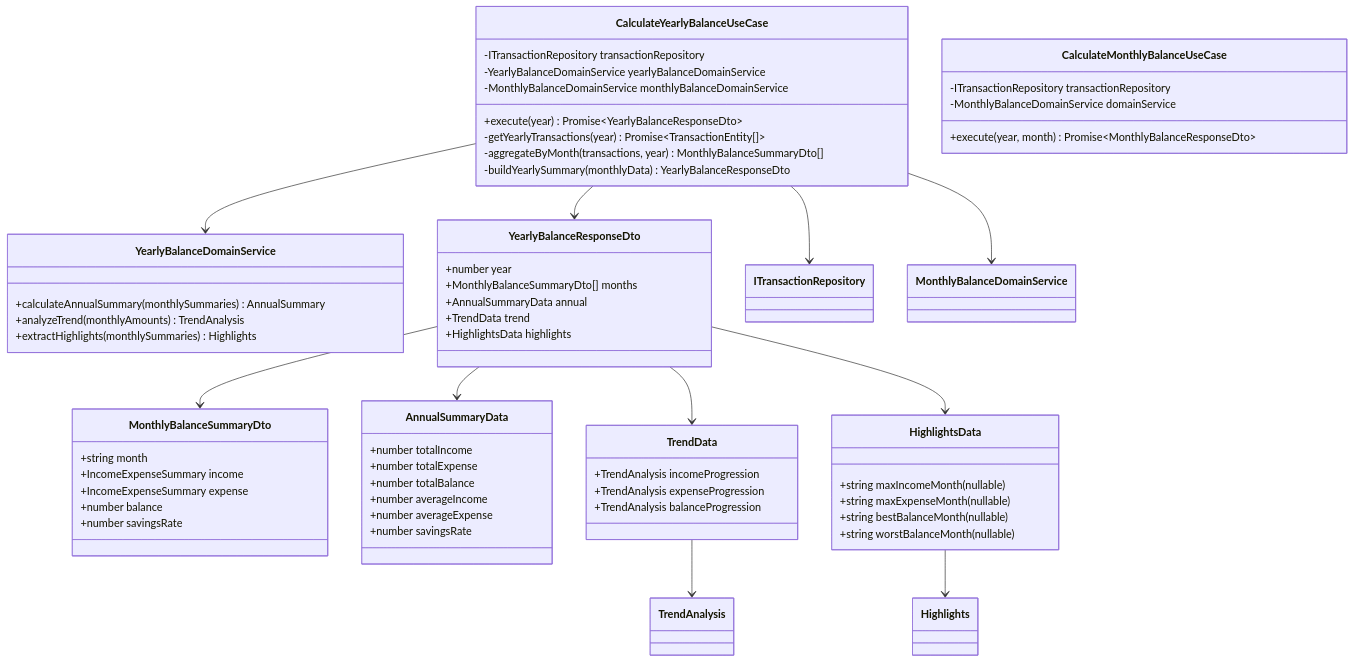
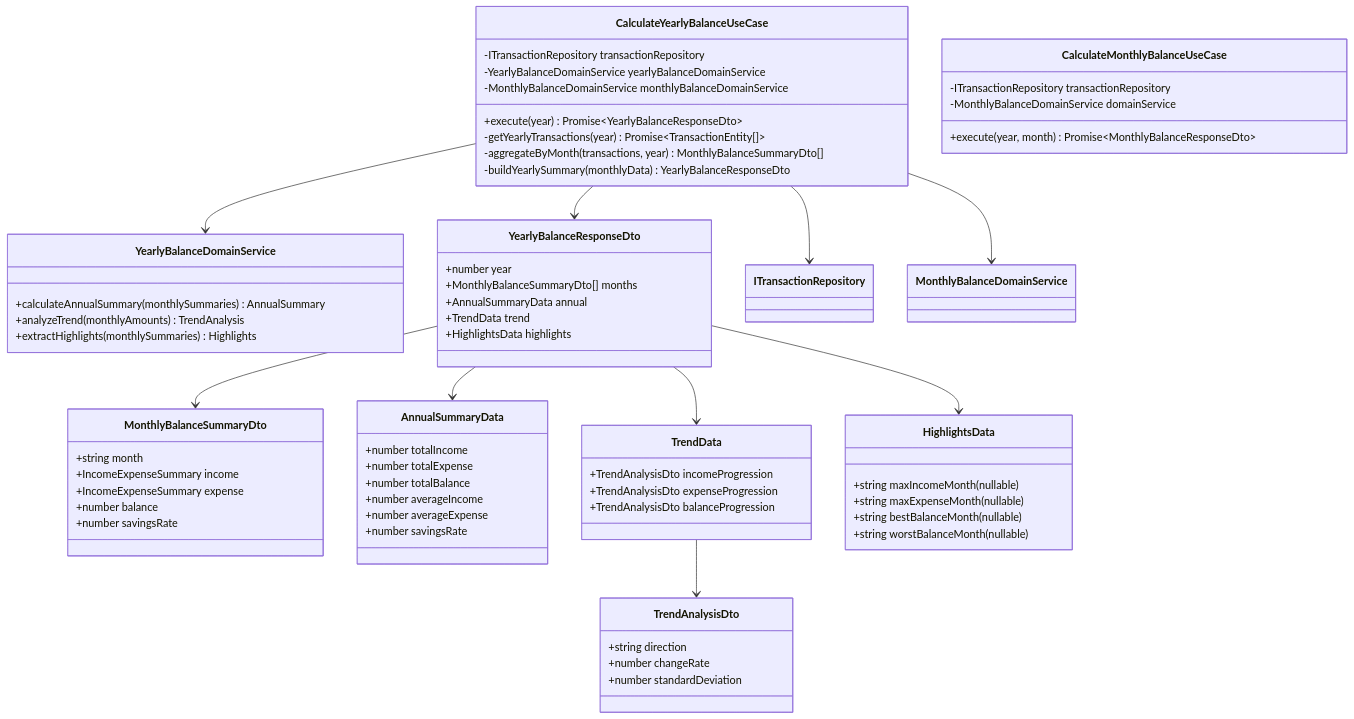
Before and after one commit to kencom2400/account-book: the second of 4 diagrams in docs/detailed-design/FR-020_yearly-balance-aggregation/class-diagrams.md, drawn with Mermaid. The commit also changed 3 other files, not shown here.

````diff
--- a/docs/detailed-design/FR-020_yearly-balance-aggregation/class-diagrams.md
+++ b/docs/detailed-design/FR-020_yearly-balance-aggregation/class-diagrams.md
@@ -160,73 +160,78 @@
 ```mermaid
 classDiagram
     class CalculateYearlyBalanceUseCase {
         -ITransactionRepository transactionRepository
         -YearlyBalanceDomainService yearlyBalanceDomainService
         -MonthlyBalanceDomainService monthlyBalanceDomainService
         +execute(year) Promise~YearlyBalanceResponseDto~
         -getYearlyTransactions(year) Promise~TransactionEntity[]~
         -aggregateByMonth(transactions, year) MonthlyBalanceSummaryDto[]
         -buildYearlySummary(monthlyData) YearlyBalanceResponseDto
     }
 
     class CalculateMonthlyBalanceUseCase {
         -ITransactionRepository transactionRepository
         -MonthlyBalanceDomainService domainService
         +execute(year, month) Promise~MonthlyBalanceResponseDto~
     }
 
     class YearlyBalanceDomainService {
         +calculateAnnualSummary(monthlySummaries) AnnualSummary
         +analyzeTrend(monthlyAmounts) TrendAnalysis
         +extractHighlights(monthlySummaries) Highlights
     }
 
     class YearlyBalanceResponseDto {
         +number year
         +MonthlyBalanceSummaryDto[] months
         +AnnualSummaryData annual
         +TrendData trend
         +HighlightsData highlights
     }
 
     class MonthlyBalanceSummaryDto {
         +string month
         +IncomeExpenseSummary income
         +IncomeExpenseSummary expense
         +number balance
         +number savingsRate
     }
 
     class AnnualSummaryData {
         +number totalIncome
         +number totalExpense
         +number totalBalance
         +number averageIncome
         +number averageExpense
         +number savingsRate
     }
 
     class TrendData {
-        +TrendAnalysis incomeProgression
-        +TrendAnalysis expenseProgression
-        +TrendAnalysis balanceProgression
+        +TrendAnalysisDto incomeProgression
+        +TrendAnalysisDto expenseProgression
+        +TrendAnalysisDto balanceProgression
+    }
+
+    class TrendAnalysisDto {
+        +string direction
+        +number changeRate
+        +number standardDeviation
     }
 
     class HighlightsData {
         +string maxIncomeMonth (nullable)
         +string maxExpenseMonth (nullable)
         +string bestBalanceMonth (nullable)
         +string worstBalanceMonth (nullable)
     }
 
     CalculateYearlyBalanceUseCase --> ITransactionRepository
     CalculateYearlyBalanceUseCase --> YearlyBalanceDomainService
     CalculateYearlyBalanceUseCase --> MonthlyBalanceDomainService
     CalculateYearlyBalanceUseCase --> YearlyBalanceResponseDto
     YearlyBalanceResponseDto --> MonthlyBalanceSummaryDto
     YearlyBalanceResponseDto --> AnnualSummaryData
     YearlyBalanceResponseDto --> TrendData
     YearlyBalanceResponseDto --> HighlightsData
-    TrendData --> TrendAnalysis
-    HighlightsData --> Highlights
+    TrendData --> TrendAnalysisDto
 ```
````
